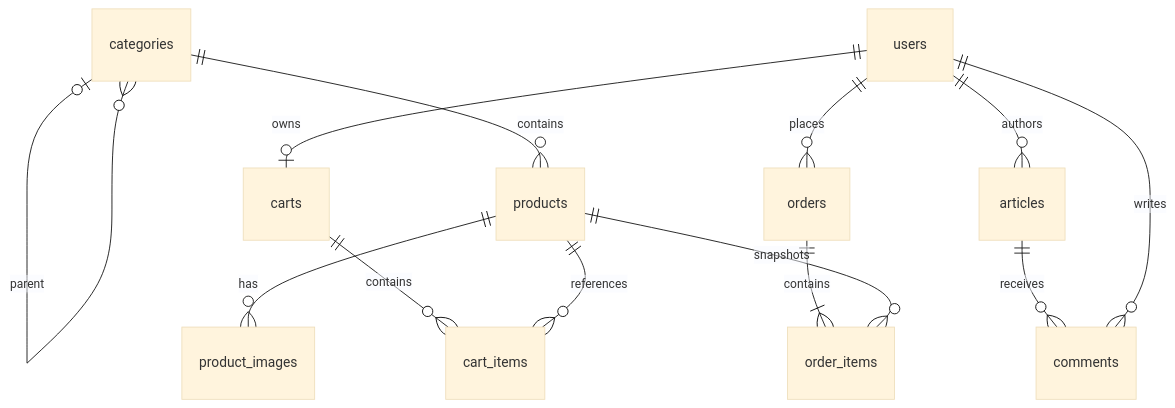
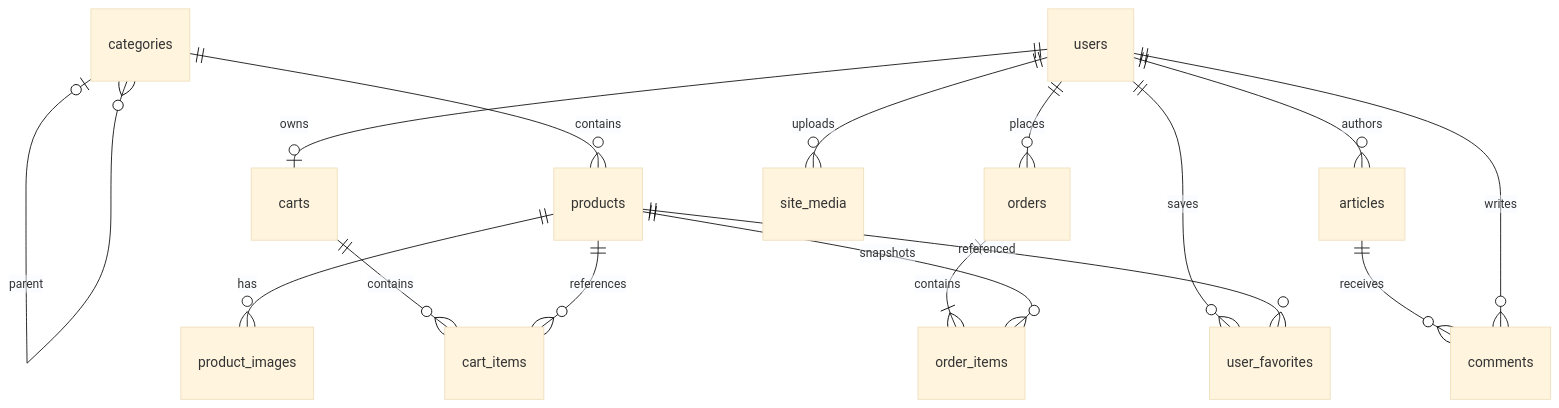
The diagram in backend/database/README.md (tungbinhdinh89-dev/E-commerceWebsitePrototype), drawn with Mermaid (base theme) before and after one commit. The commit also changed other lines of this file and 60 other files, not shown here.

````diff
--- a/backend/database/README.md
+++ b/backend/database/README.md
@@ -31,15 +39,18 @@
 ```mermaid
 erDiagram
     categories o|--o{ categories : parent
     categories ||--o{ products : contains
     products ||--o{ product_images : has
     users ||--o| carts : owns
     carts ||--o{ cart_items : contains
     products ||--o{ cart_items : references
     users ||--o{ orders : places
     orders ||--|{ order_items : contains
     products ||--o{ order_items : snapshots
     users ||--o{ articles : authors
     articles ||--o{ comments : receives
     users ||--o{ comments : writes
+    users ||--o{ user_favorites : saves
+    products ||--o{ user_favorites : referenced
+    users ||--o{ site_media : uploads
 ```
````
